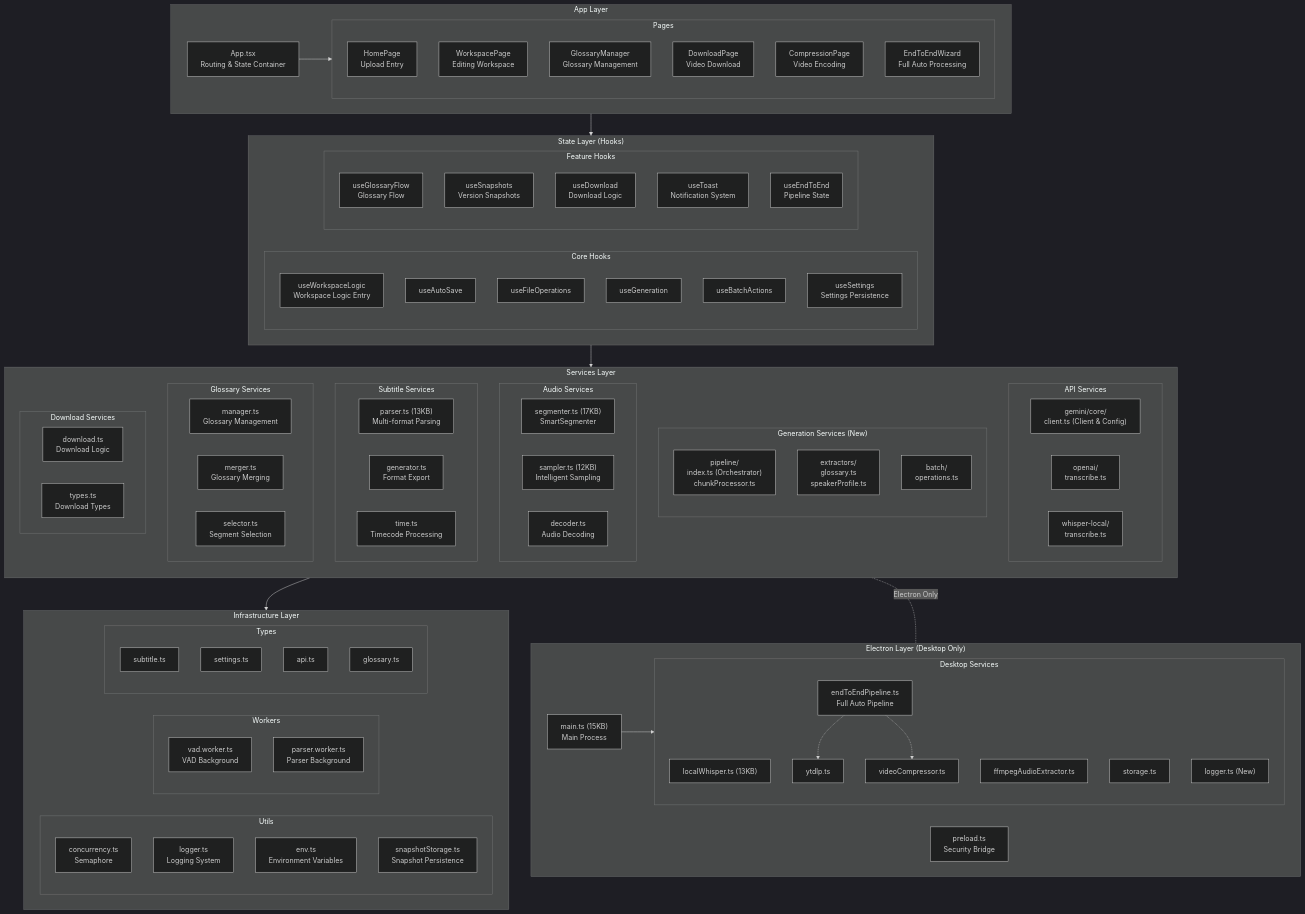
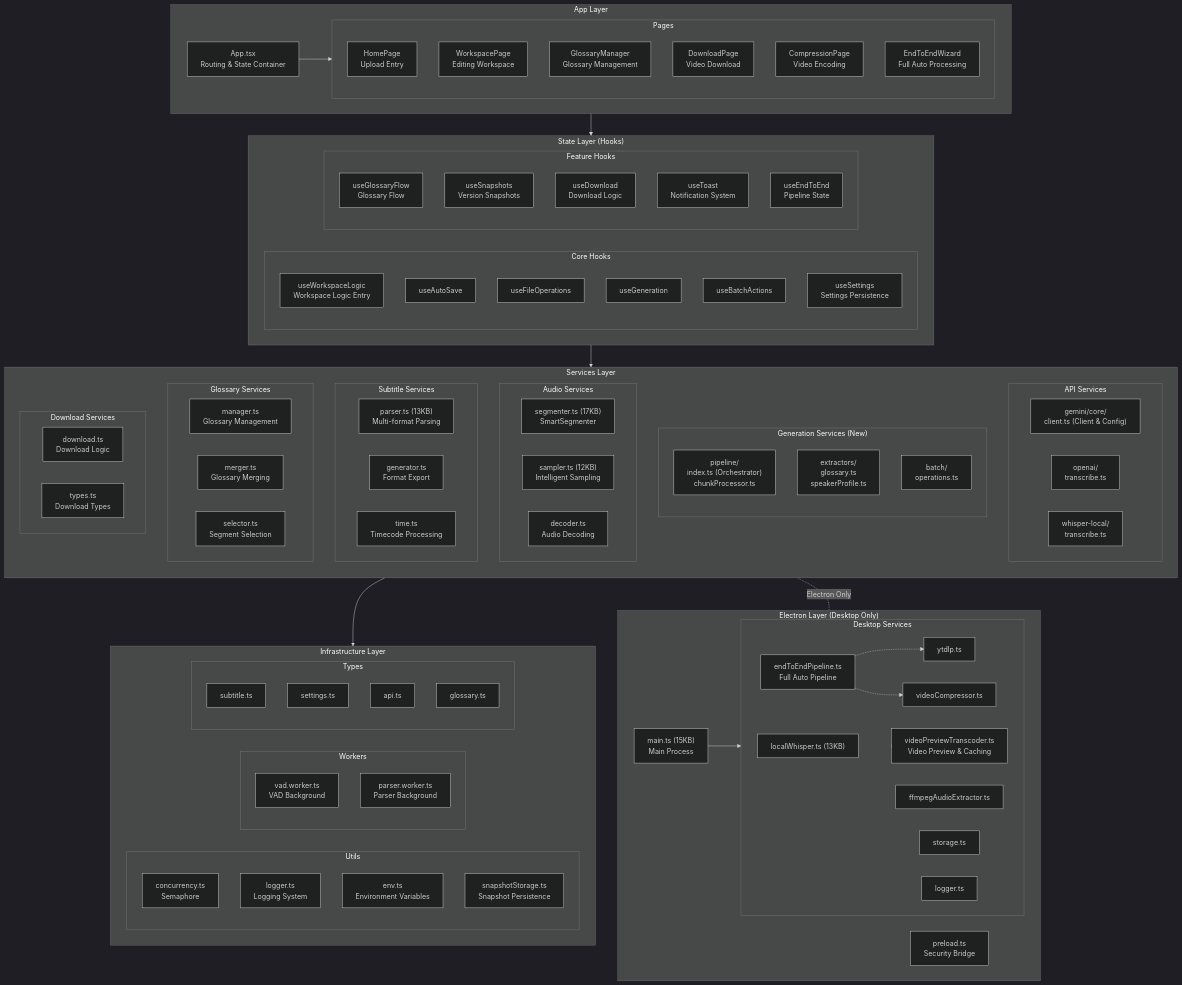
One commit to corvo007/MioSub changed the second of 15 diagrams in docs/ARCHITECTURE.md. Above: the diagram before and after it, drawn with Mermaid (dark theme). The commit also changed other lines of this file and 3 other files, not shown here.

First line of the commit message:
docs: update README and ARCHITECTURE documentation for v2.11.0

```diff
--- a/docs/ARCHITECTURE.md
+++ b/docs/ARCHITECTURE.md
@@ -247,13 +249,15 @@
             COMPRESSOR_SVC["videoCompressor.ts"]
             YTDLP_SVC["ytdlp.ts"]
             PIPELINE_SVC["endToEndPipeline.ts<br/>Full Auto Pipeline"]
+            PREVIEW_SVC["videoPreviewTranscoder.ts<br/>Video Preview & Caching"]
             STORAGE_SVC["storage.ts"]
-            LOGGER_SVC["logger.ts (New)"]
+            LOGGER_SVC["logger.ts"]
         end
 
         MAIN_PROCESS --> ELECTRON_SVC
         PIPELINE_SVC -.-> YTDLP_SVC
         PIPELINE_SVC -.-> COMPRESSOR_SVC
+        ELECTRON_SVC -.-> PREVIEW_SVC
     end
 
     APP_LAYER --> HOOKS_LAYER
```
